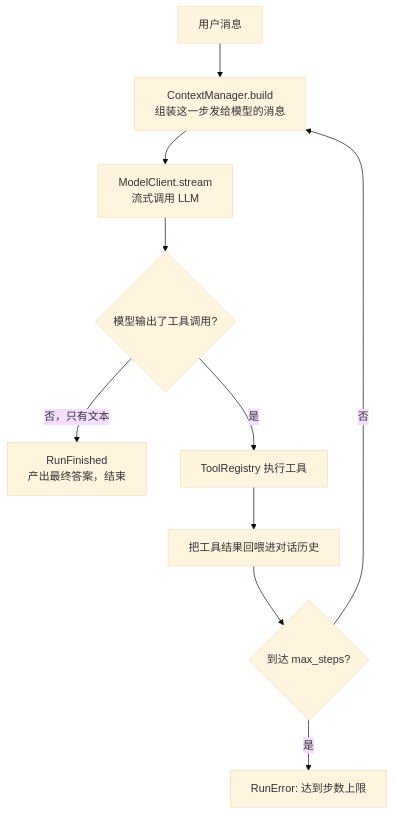
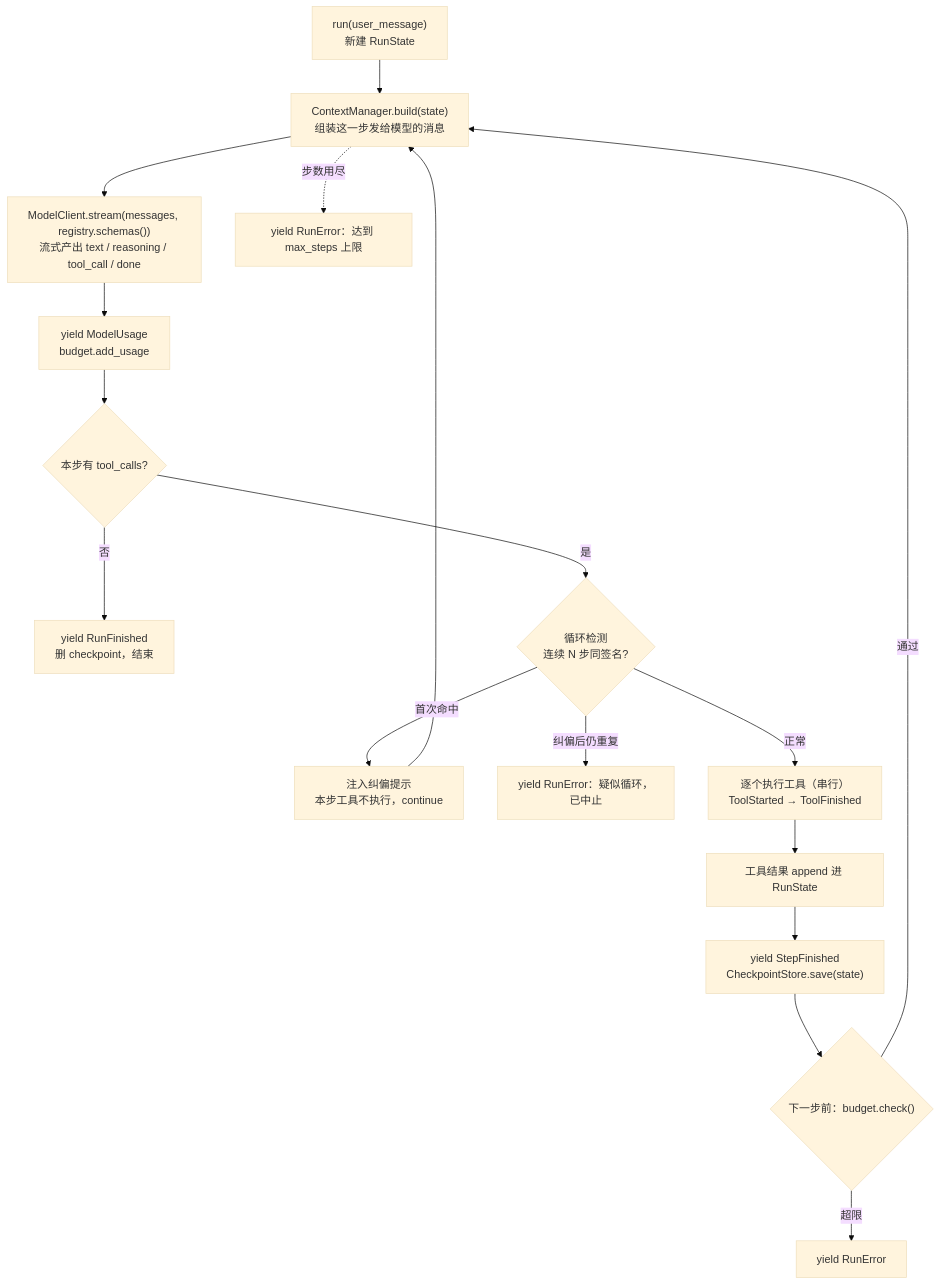
One commit to sumengnan/ai-learning-helper changed the diagram in docs/architecture-harness.md. Above: the diagram before and after it, drawn with Mermaid (base theme). The commit also changed other lines of this file and 1 other file, not shown here.

````diff
--- a/docs/architecture-harness.md
+++ b/docs/architecture-harness.md
@@ -19,12 +18,19 @@
 ```mermaid
 flowchart TD
-    A[用户消息] --> B[ContextManager.build<br/>组装这一步发给模型的消息]
-    B --> C[ModelClient.stream<br/>流式调用 LLM]
-    C --> D{模型输出了工具调用?}
-    D -->|否，只有文本| E[RunFinished<br/>产出最终答案，结束]
-    D -->|是| F[ToolRegistry 执行工具]
-    F --> G[把工具结果回喂进对话历史]
-    G --> H{到达 max_steps?}
-    H -->|否| B
-    H -->|是| I[RunError: 达到步数上限]
+    A["run(user_message)<br/>新建 RunState"] --> B["ContextManager.build(state)<br/>组装这一步发给模型的消息"]
+    B --> C["ModelClient.stream(messages, registry.schemas())<br/>流式产出 text / reasoning / tool_call / done"]
+    C --> U["yield ModelUsage<br/>budget.add_usage"]
+    U --> D{"本步有 tool_calls?"}
+    D -->|否| E["yield RunFinished<br/>删 checkpoint，结束"]
+    D -->|是| L{"循环检测<br/>连续 N 步同签名?"}
+    L -->|首次命中| N["注入纠偏提示<br/>本步工具不执行，continue"]
+    L -->|纠偏后仍重复| LE["yield RunError：疑似循环，已中止"]
+    L -->|正常| F["逐个执行工具（串行）<br/>ToolStarted → ToolFinished"]
+    F --> G["工具结果 append 进 RunState"]
+    G --> H["yield StepFinished<br/>CheckpointStore.save(state)"]
+    H --> BC{"下一步前：budget.check()"}
+    BC -->|超限| BE["yield RunError"]
+    BC -->|通过| B
+    B -.->|步数用尽| I["yield RunError：达到 max_steps 上限"]
+    N --> B
 ```
````
